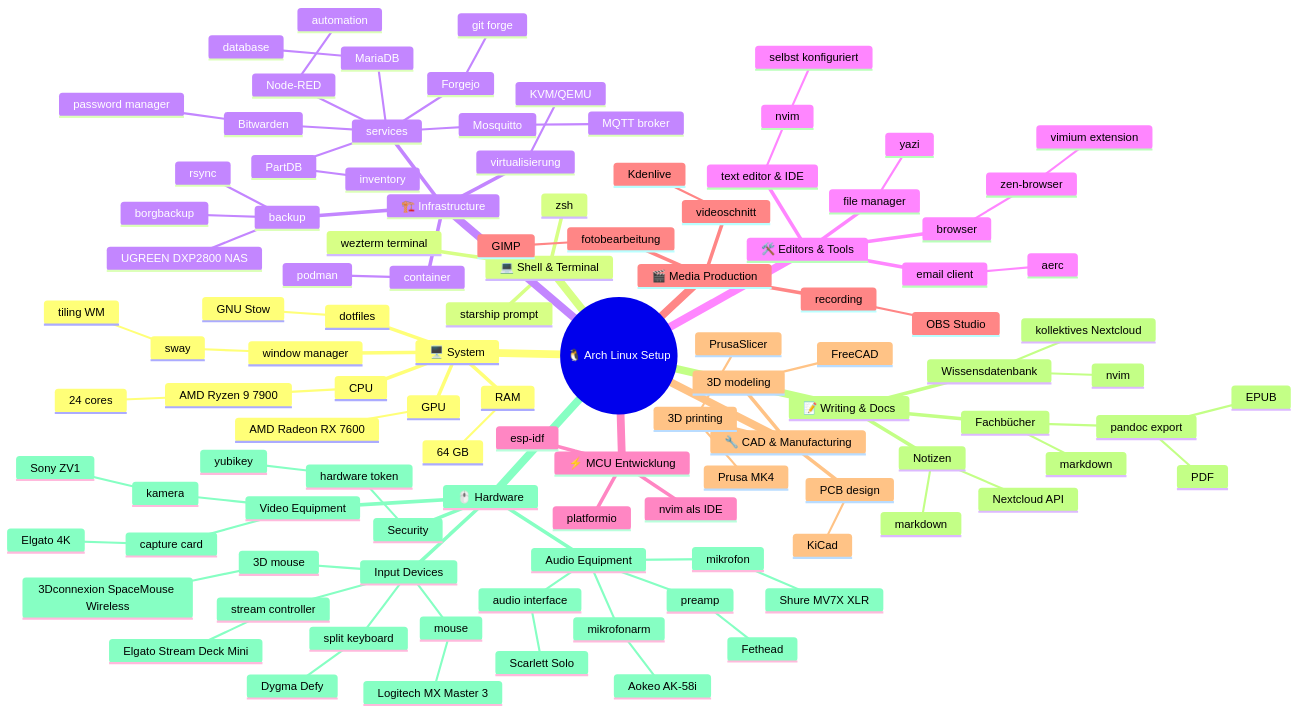
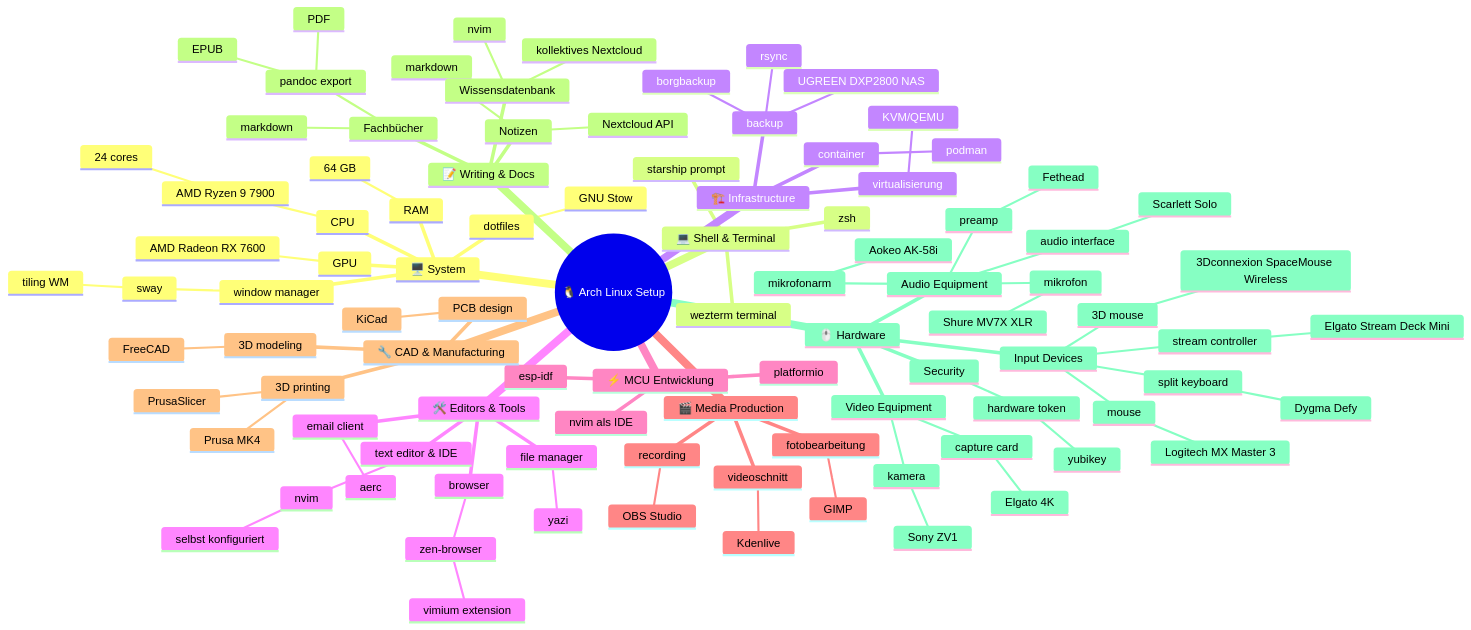
One commit to pixelEDI/I_use_Arch_btw changed the diagram in 20_my-arch-setup/README.md. Above: the diagram before and after it, drawn with Mermaid.

Commit message:
Arch setup ohne selfhosted

```diff
--- a/20_my-arch-setup/README.md
+++ b/20_my-arch-setup/README.md
@@ -32,19 +32,6 @@
         podman
       virtualisierung
         KVM/QEMU
-      services
-        Bitwarden
-          password manager
-        Node-RED
-          automation
-        Mosquitto
-          MQTT broker
-        MariaDB
-          database
-        Forgejo
-          git forge
-        PartDB
-          inventory
     🛠️ Editors & Tools
       text editor & IDE
         nvim
```
